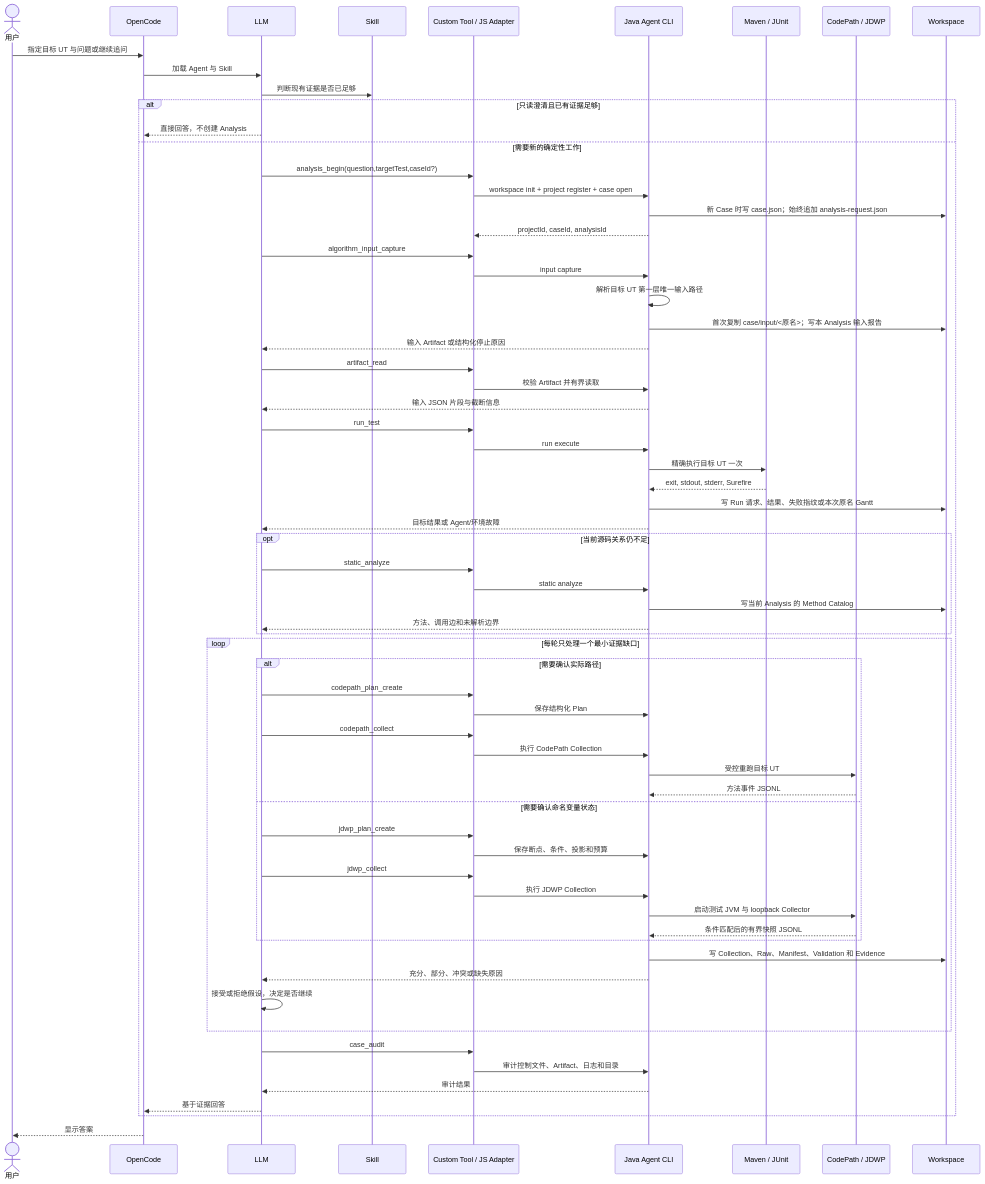
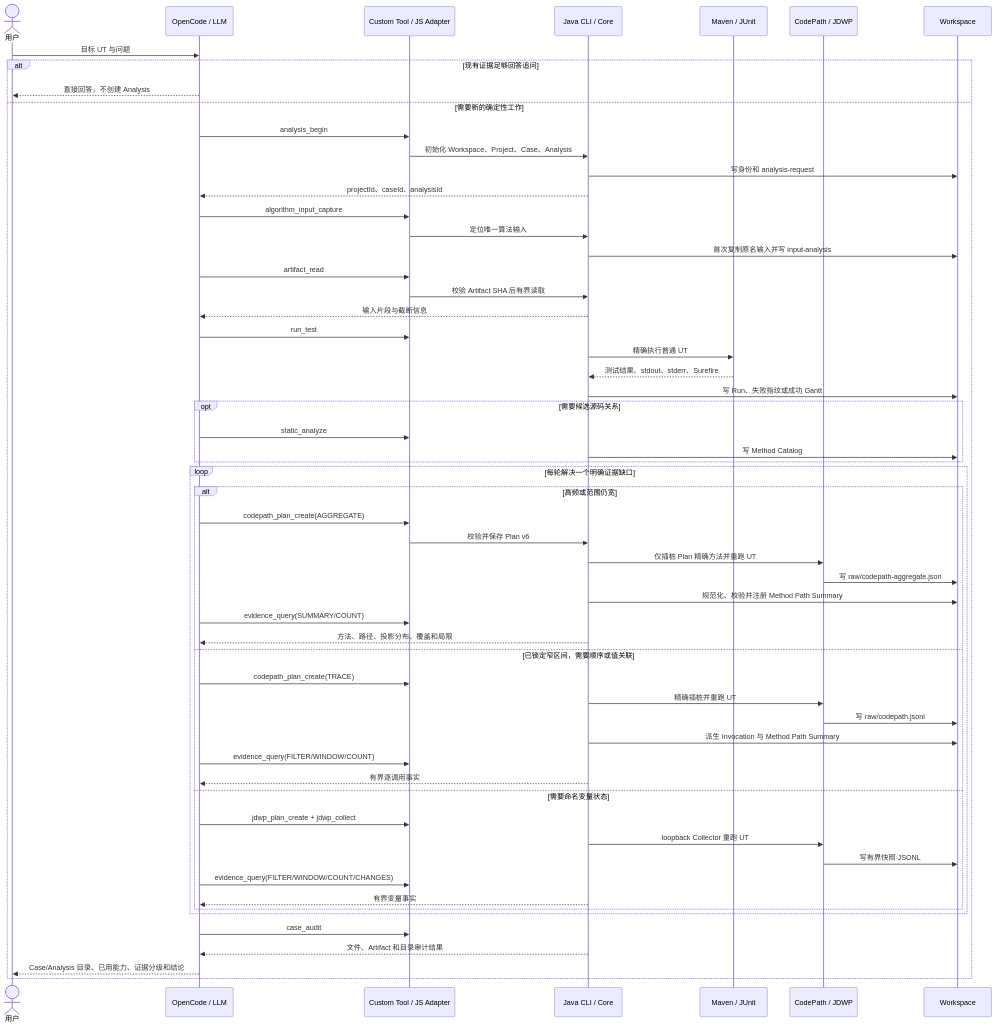
Before and after one commit to mh90901119-oss/algorithm-debug-agent: the diagram in docs/algorithm-debug-workflow-and-artifacts.md, drawn with Mermaid. The commit also changed other lines of this file and 129 other files, not shown here.

Commit message:
feat: scale codepath collection and evidence queries

````diff
--- a/docs/algorithm-debug-workflow-and-artifacts.md
+++ b/docs/algorithm-debug-workflow-and-artifacts.md
@@ -21,75 +20,61 @@
 ```mermaid
 sequenceDiagram
     actor U as 用户
-    participant O as OpenCode
-    participant L as LLM
-    participant S as Skill
+    participant L as OpenCode / LLM
     participant T as Custom Tool / JS Adapter
-    participant A as Java Agent CLI
+    participant A as Java CLI / Core
     participant M as Maven / JUnit
     participant C as CodePath / JDWP
     participant W as Workspace
 
-    U->>O: 指定目标 UT 与问题或继续追问
-    O->>L: 加载 Agent 与 Skill
-    L->>S: 判断现有证据是否已足够
-    alt 只读澄清且已有证据足够
-        L-->>O: 直接回答，不创建 Analysis
+    U->>L: 目标 UT 与问题
+    alt 现有证据足够回答追问
+        L-->>U: 直接回答，不创建 Analysis
     else 需要新的确定性工作
-        L->>T: analysis_begin(question,targetTest,caseId?)
-        T->>A: workspace init + project register + case open
-        A->>W: 新 Case 时写 case.json；始终追加 analysis-request.json
-        A-->>T: projectId, caseId, analysisId
-
+        L->>T: analysis_begin
+        T->>A: 初始化 Workspace、Project、Case、Analysis
+        A->>W: 写身份和 analysis-request
+        A-->>L: projectId、caseId、analysisId
         L->>T: algorithm_input_capture
-        T->>A: input capture
-        A->>A: 解析目标 UT 第一层唯一输入路径
-        A->>W: 首次复制 case/input/<原名>；写本 Analysis 输入报告
-        A-->>L: 输入 Artifact 或结构化停止原因
-
+        T->>A: 定位唯一算法输入
+        A->>W: 首次复制原名输入并写 input-analysis
         L->>T: artifact_read
-        T->>A: 校验 Artifact 并有界读取
-        A-->>L: 输入 JSON 片段与截断信息
-
+        T->>A: 校验 Artifact SHA 后有界读取
+        A-->>L: 输入片段与截断信息
         L->>T: run_test
-        T->>A: run execute
-        A->>M: 精确执行目标 UT 一次
-        M-->>A: exit, stdout, stderr, Surefire
-        A->>W: 写 Run 请求、结果、失败指纹或本次原名 Gantt
-        A-->>L: 目标结果或 Agent/环境故障
-
-        opt 当前源码关系仍不足
+        A->>M: 精确执行普通 UT
+        M-->>A: 测试结果、stdout、stderr、Surefire
+        A->>W: 写 Run、失败指纹或成功 Gantt
+        opt 需要候选源码关系
             L->>T: static_analyze
-            T->>A: static analyze
-            A->>W: 写当前 Analysis 的 Method Catalog
-            A-->>L: 方法、调用边和未解析边界
+            A->>W: 写 Method Catalog
         end
-
-        loop 每轮只处理一个最小证据缺口
-            alt 需要确认实际路径
-                L->>T: codepath_plan_create
-                T->>A: 保存结构化 Plan
-                L->>T: codepath_collect
-                T->>A: 执行 CodePath Collection
-                A->>C: 受控重跑目标 UT
-                C-->>A: 方法事件 JSONL
-            else 需要确认命名变量状态
-                L->>T: jdwp_plan_create
-                T->>A: 保存断点、条件、投影和预算
-                L->>T: jdwp_collect
-                T->>A: 执行 JDWP Collection
-                A->>C: 启动测试 JVM 与 loopback Collector
-                C-->>A: 条件匹配后的有界快照 JSONL
+        loop 每轮解决一个明确证据缺口
+            alt 高频或范围仍宽
+                L->>T: codepath_plan_create(AGGREGATE)
+                T->>A: 校验并保存 Plan v6
+                A->>C: 仅插桩 Plan 精确方法并重跑 UT
+                C->>W: 写 raw/codepath-aggregate.json
+                A->>W: 规范化、校验并注册 Method Path Summary
+                L->>T: evidence_query(SUMMARY/COUNT)
+                A-->>L: 方法、路径、投影分布、覆盖和局限
+            else 已锁定窄区间，需要顺序或值关联
+                L->>T: codepath_plan_create(TRACE)
+                A->>C: 精确插桩并重跑 UT
+                C->>W: 写 raw/codepath.jsonl
+                A->>W: 派生 Invocation 与 Method Path Summary
+                L->>T: evidence_query(FILTER/WINDOW/COUNT)
+                A-->>L: 有界逐调用事实
+            else 需要命名变量状态
+                L->>T: jdwp_plan_create + jdwp_collect
+                A->>C: loopback Collector 重跑 UT
+                C->>W: 写有界快照 JSONL
+                L->>T: evidence_query(FILTER/WINDOW/COUNT/CHANGES)
+                A-->>L: 有界变量事实
             end
-            A->>W: 写 Collection、Raw、Manifest、Validation 和 Evidence
-            A-->>L: 充分、部分、冲突或缺失原因
-            L->>L: 接受或拒绝假设，决定是否继续
         end
-
         L->>T: case_audit
-        T->>A: 审计控制文件、Artifact、日志和目录
-        A-->>L: 审计结果
-        L-->>O: 基于证据回答
+        A-->>L: 文件、Artifact 和目录审计结果
+        L-->>U: Case/Analysis 目录、已用能力、证据分级和结论
     end
-    O-->>U: 显示答案
 ```
````
